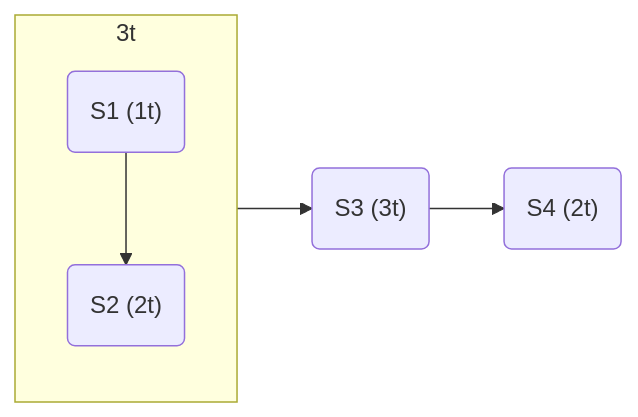
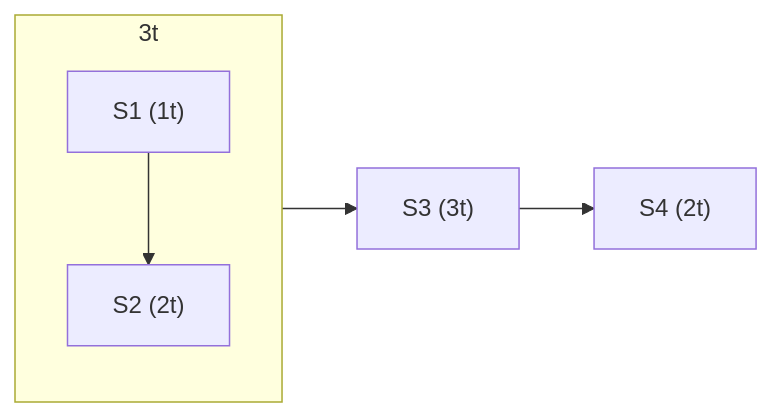
The first of 2 diagrams in Architettura e sistemi operativi/Parallelismo.md (SuperSamus/appunti-universitari), drawn with Mermaid before and after one commit. The commit also changed other lines of this file, not shown here.

Commit message:
vault backup: 2022-10-26 14:57:15

````diff
--- a/Architettura e sistemi operativi/Parallelismo.md
+++ b/Architettura e sistemi operativi/Parallelismo.md
@@ -76,7 +76,7 @@
 ```mermaid
 flowchart LR
 subgraph 3t
-S1("S1 (1t)") --> S2("S2 (2t)")
+S1["S1 (1t)"] --> S2["S2 (2t)"]
 end
-3t --> S3("S3 (3t)") --> S4("S4 (2t)")
+3t --> S3["S3 (3t)"] --> S4["S4 (2t)"]
 ```
````
